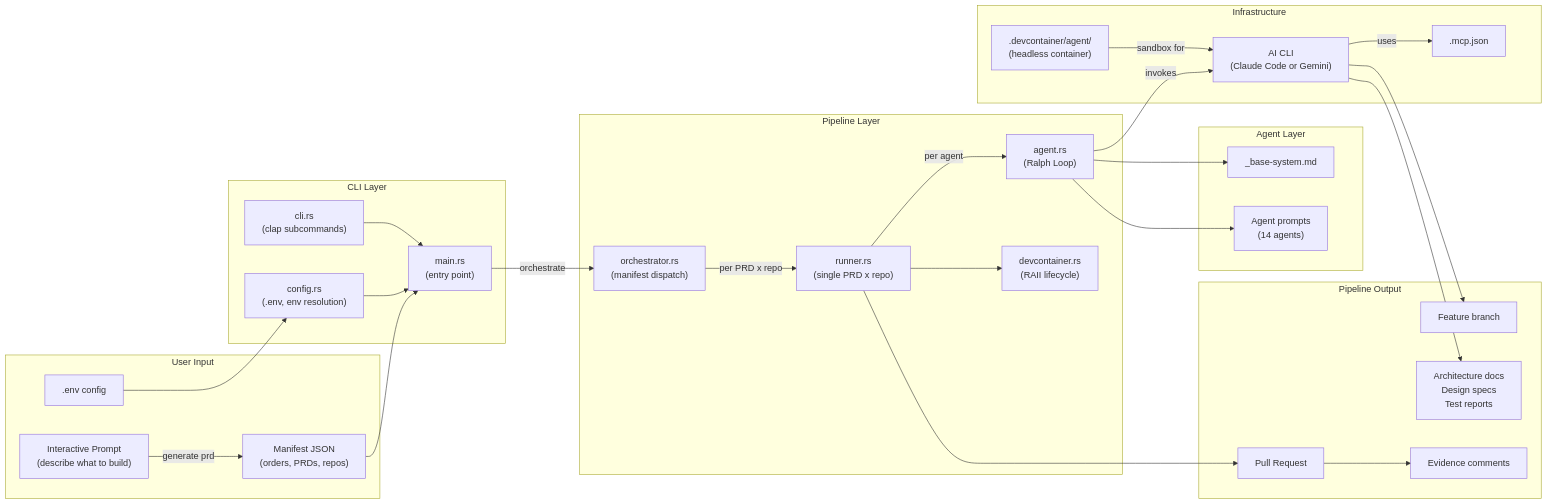
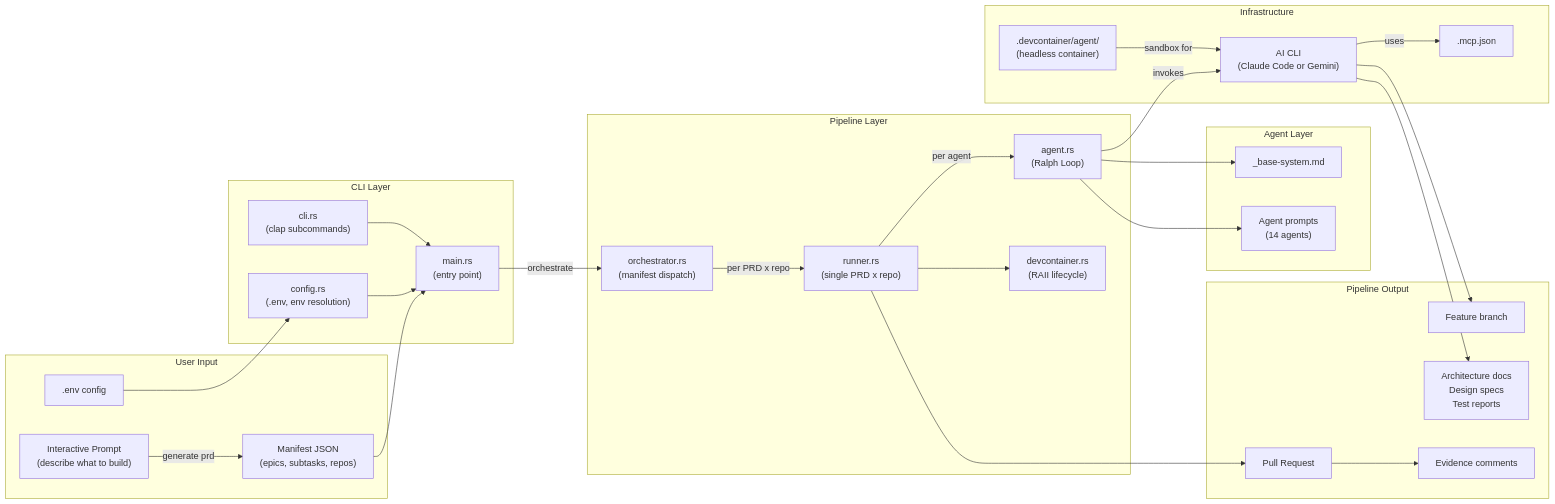
Before and after one commit to delehner/coding-agents: the second of 2 diagrams in docs/project-structure.md, drawn with Mermaid. The commit also changed other lines of this file and 17 other files, not shown here.

````diff
--- a/docs/project-structure.md
+++ b/docs/project-structure.md
@@ -70,58 +70,58 @@
 ```mermaid
 flowchart LR
     subgraph UserInput["User Input"]
         Desc["Interactive Prompt\n(describe what to build)"]
-        ManifestFile["Manifest JSON\n(orders, PRDs, repos)"]
+        ManifestFile["Manifest JSON\n(epics, subtasks, repos)"]
         EnvFile[".env config"]
     end
 
     subgraph CLILayer["CLI Layer"]
         MainRs["main.rs\n(entry point)"]
         CliRs["cli.rs\n(clap subcommands)"]
         ConfigRs["config.rs\n(.env, env resolution)"]
     end
 
     subgraph PipelineLayer["Pipeline Layer"]
         OrchestratorRs["orchestrator.rs\n(manifest dispatch)"]
         RunnerRs["runner.rs\n(single PRD x repo)"]
         AgentRs["agent.rs\n(Ralph Loop)"]
         DevcontainerRs["devcontainer.rs\n(RAII lifecycle)"]
     end
 
     subgraph AgentLayer["Agent Layer"]
         BaseSystem["_base-system.md"]
         Prompts["Agent prompts\n(14 agents)"]
     end
 
     subgraph Infra["Infrastructure"]
         DC[".devcontainer/agent/\n(headless container)"]
         MCP[".mcp.json"]
         AICLI["AI CLI\n(Claude Code or Gemini)"]
     end
 
     subgraph Output["Pipeline Output"]
         Branch["Feature branch"]
         Artifacts["Architecture docs\nDesign specs\nTest reports"]
         PullReq["Pull Request"]
         Evidence["Evidence comments"]
     end
 
     Desc -->|"generate prd"| ManifestFile
     ManifestFile --> MainRs
     EnvFile --> ConfigRs
     ConfigRs --> MainRs
     CliRs --> MainRs
     MainRs -->|"orchestrate"| OrchestratorRs
     OrchestratorRs -->|"per PRD x repo"| RunnerRs
     RunnerRs --> DevcontainerRs
     RunnerRs -->|"per agent"| AgentRs
     AgentRs --> BaseSystem
     AgentRs --> Prompts
     AgentRs -->|"invokes"| AICLI
     AICLI -->|"uses"| MCP
     DC -->|"sandbox for"| AICLI
     AICLI --> Branch
     AICLI --> Artifacts
     RunnerRs --> PullReq
     PullReq --> Evidence
 ```
````
